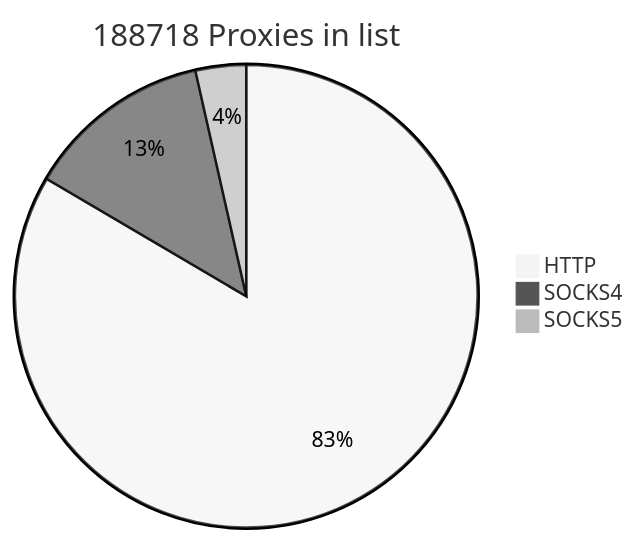
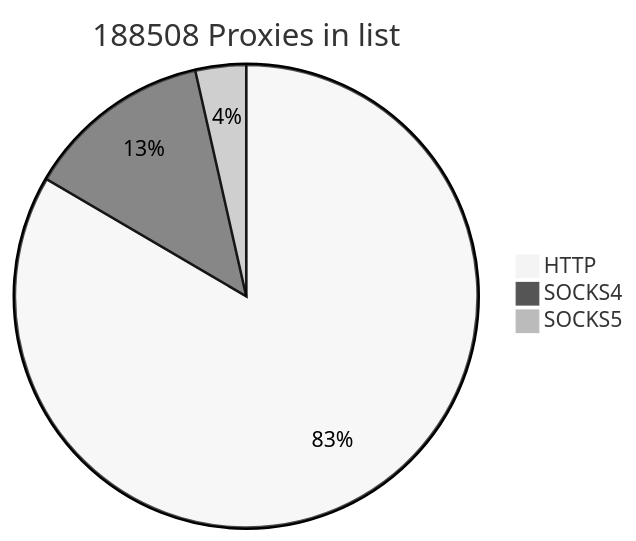
The first of 2 diagrams in README.md (cutipu/proxylist), drawn with Mermaid (neutral theme) before and after one commit. The commit also changed other lines of this file, not shown here.

````diff
--- a/README.md
+++ b/README.md
@@ -2,7 +2,7 @@
 ```mermaid
-pie title 188718 Proxies in list
-    "HTTP" : 157503
-    "SOCKS4" : 24547
-    "SOCKS5" : 6668
+pie title 188508 Proxies in list
+    "HTTP" : 157294
+    "SOCKS4" : 24548
+    "SOCKS5" : 6666
             
 ```
````
